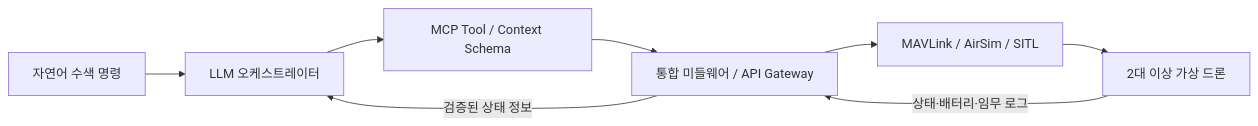
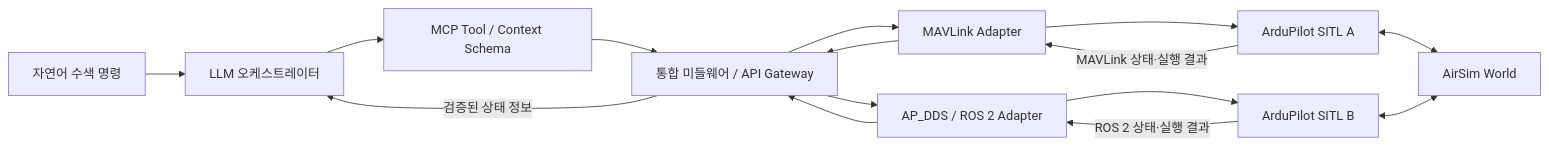
The diagram in README.md (bang0930/Skybuddy), drawn with Mermaid before and after one commit. The commit also changed other lines of this file, not shown here.

````diff
--- a/README.md
+++ b/README.md
@@ -21,10 +22,17 @@
 ```mermaid
 flowchart LR
     A["자연어 수색 명령"] --> B["LLM 오케스트레이터"]
     B --> C["MCP Tool / Context Schema"]
     C --> D["통합 미들웨어 / API Gateway"]
-    D --> E["MAVLink / AirSim / SITL"]
-    E --> F["2대 이상 가상 드론"]
-    F -->|상태·배터리·임무 로그| D
+    D --> MA["MAVLink Adapter"]
+    D --> DA["AP_DDS / ROS 2 Adapter"]
+    MA --> SA["ArduPilot SITL A"]
+    DA --> SB["ArduPilot SITL B"]
+    SA <--> E["AirSim World"]
+    SB <--> E
+    SA -->|MAVLink 상태·실행 결과| MA
+    SB -->|ROS 2 상태·실행 결과| DA
+    MA --> D
+    DA --> D
     D -->|검증된 상태 정보| B
 ```
````
